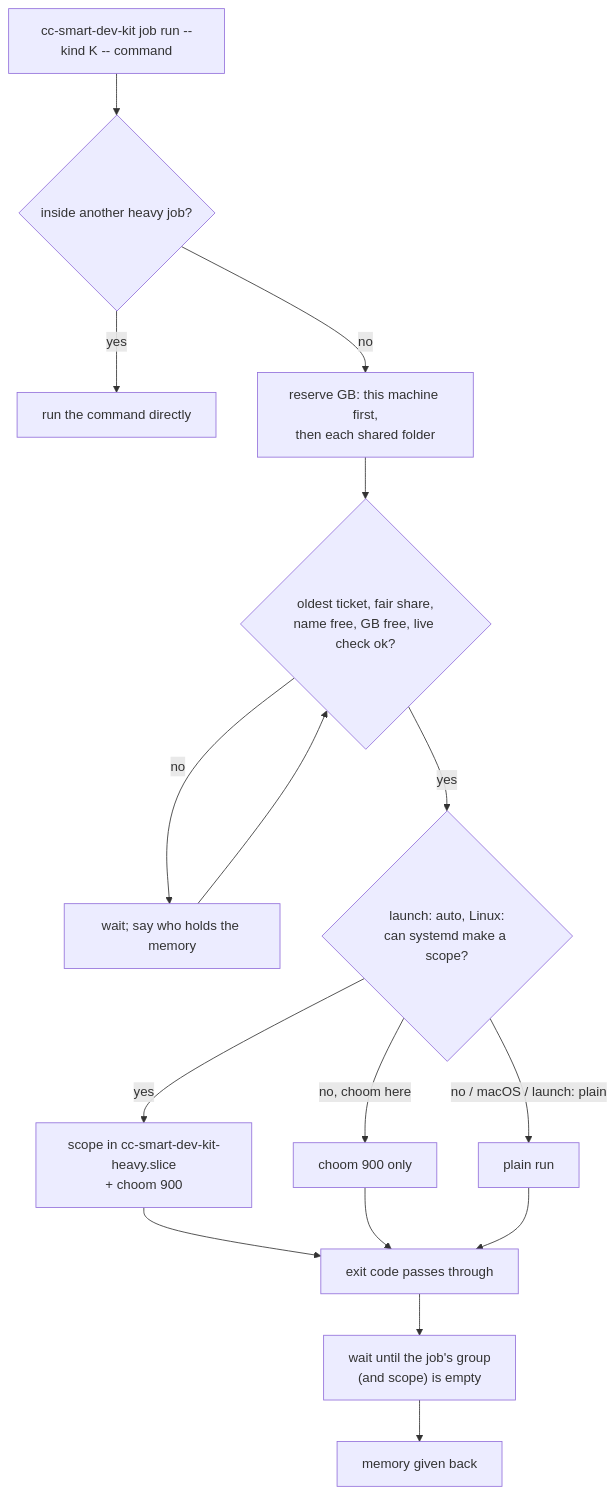
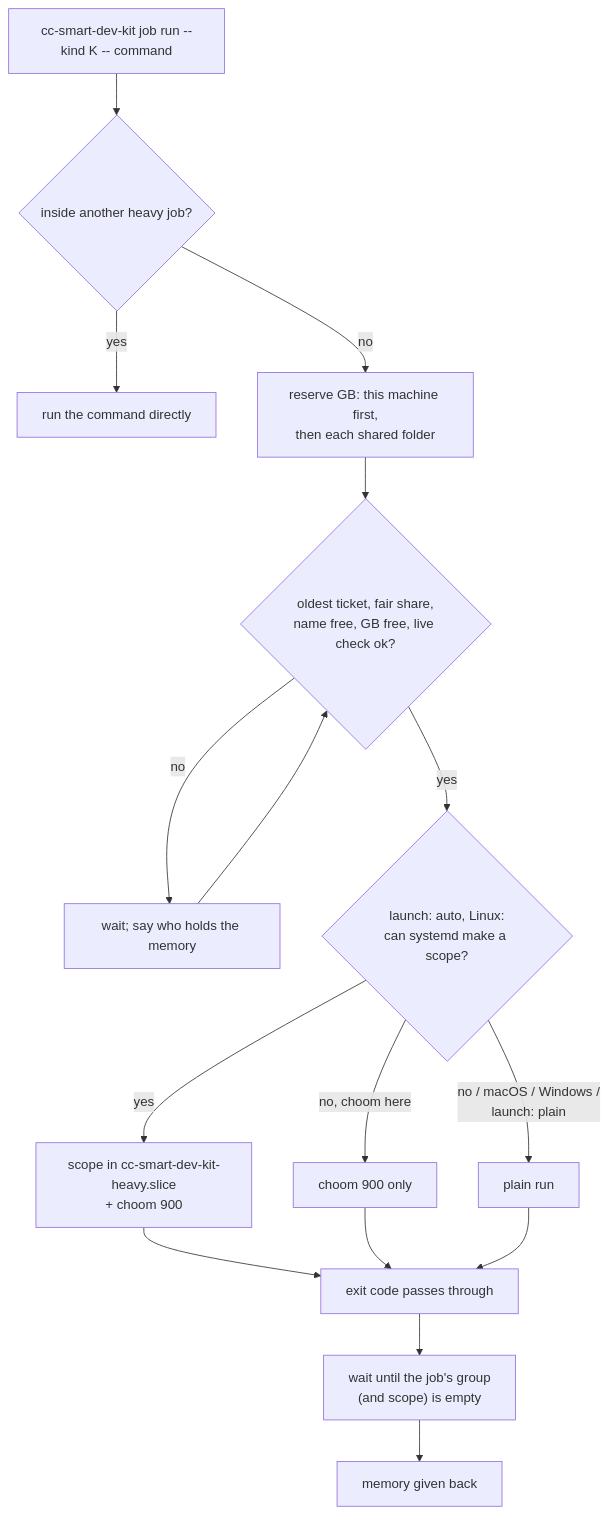
Before and after one commit to sellanybiz/cc-smart-dev-kit: the diagram in docs/jobs.md, drawn with Mermaid. The commit also changed other lines of this file and 14 other files, not shown here.

````diff
--- a/docs/jobs.md
+++ b/docs/jobs.md
@@ -24,18 +26,18 @@
 ```mermaid
 flowchart TD
     J["cc-smart-dev-kit job run --kind K -- command"] --> N{"inside another heavy job?"}
     N -->|"yes"| D["run the command directly"]
     N -->|"no"| R["reserve GB: this machine first,<br/>then each shared folder"]
     R --> W{"oldest ticket, fair share,<br/>name free, GB free, live check ok?"}
     W -->|"no"| L["wait; say who holds the memory"]
     L --> W
     W -->|"yes"| P{"launch: auto, Linux:<br/>can systemd make a scope?"}
     P -->|"yes"| S["scope in cc-smart-dev-kit-heavy.slice<br/>+ choom 900"]
     P -->|"no, choom here"| C["choom 900 only"]
-    P -->|"no / macOS / launch: plain"| PL["plain run"]
+    P -->|"no / macOS / Windows /<br/>launch: plain"| PL["plain run"]
     S --> E["exit code passes through"]
     C --> E
     PL --> E
     E --> G["wait until the job's group<br/>(and scope) is empty"]
     G --> Z["memory given back"]
 ```
````
